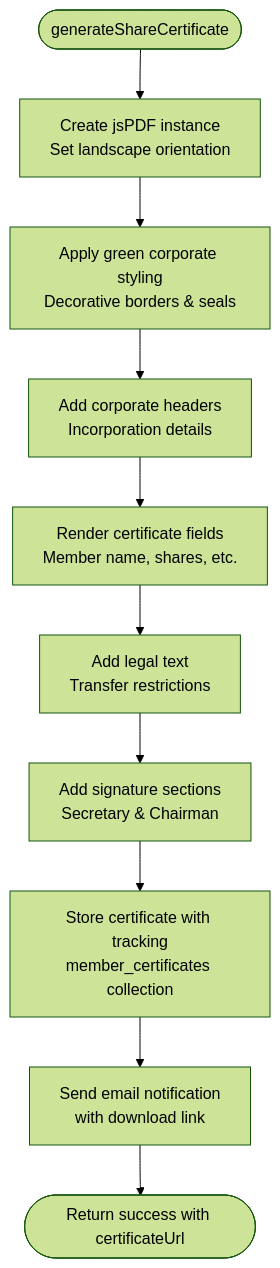
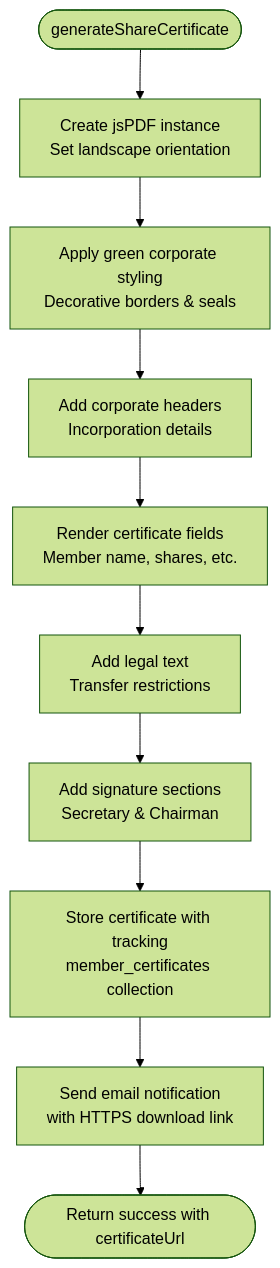
The fourth of 7 diagrams in .qoder/repowiki/en/content/Email & Notification System/Certificate Generation System.md (Unsure-bry/sampacoop_system), drawn with Mermaid (forest theme) before and after one commit. The commit also changed other lines of this file and 12 other files, not shown here.

````diff
--- a/.qoder/repowiki/en/content/Email & Notification System/Certificate Generation System.md
+++ b/.qoder/repowiki/en/content/Email & Notification System/Certificate Generation System.md
@@ -176,12 +258,12 @@
 ```mermaid
 flowchart TD
 Start(["generateShareCertificate"]) --> Init["Create jsPDF instance<br/>Set landscape orientation"]
 Init --> Style["Apply green corporate styling<br/>Decorative borders & seals"]
 Style --> Header["Add corporate headers<br/>Incorporation details"]
 Header --> Fields["Render certificate fields<br/>Member name, shares, etc."]
 Fields --> Legal["Add legal text<br/>Transfer restrictions"]
 Legal --> Sign["Add signature sections<br/>Secretary & Chairman"]
 Sign --> Store["Store certificate with tracking<br/>member_certificates collection"]
-Store --> Email["Send email notification<br/>with download link"]
+Store --> Email["Send email notification<br/>with HTTPS download link"]
 Email --> Return(["Return success with certificateUrl"])
 ```
````
